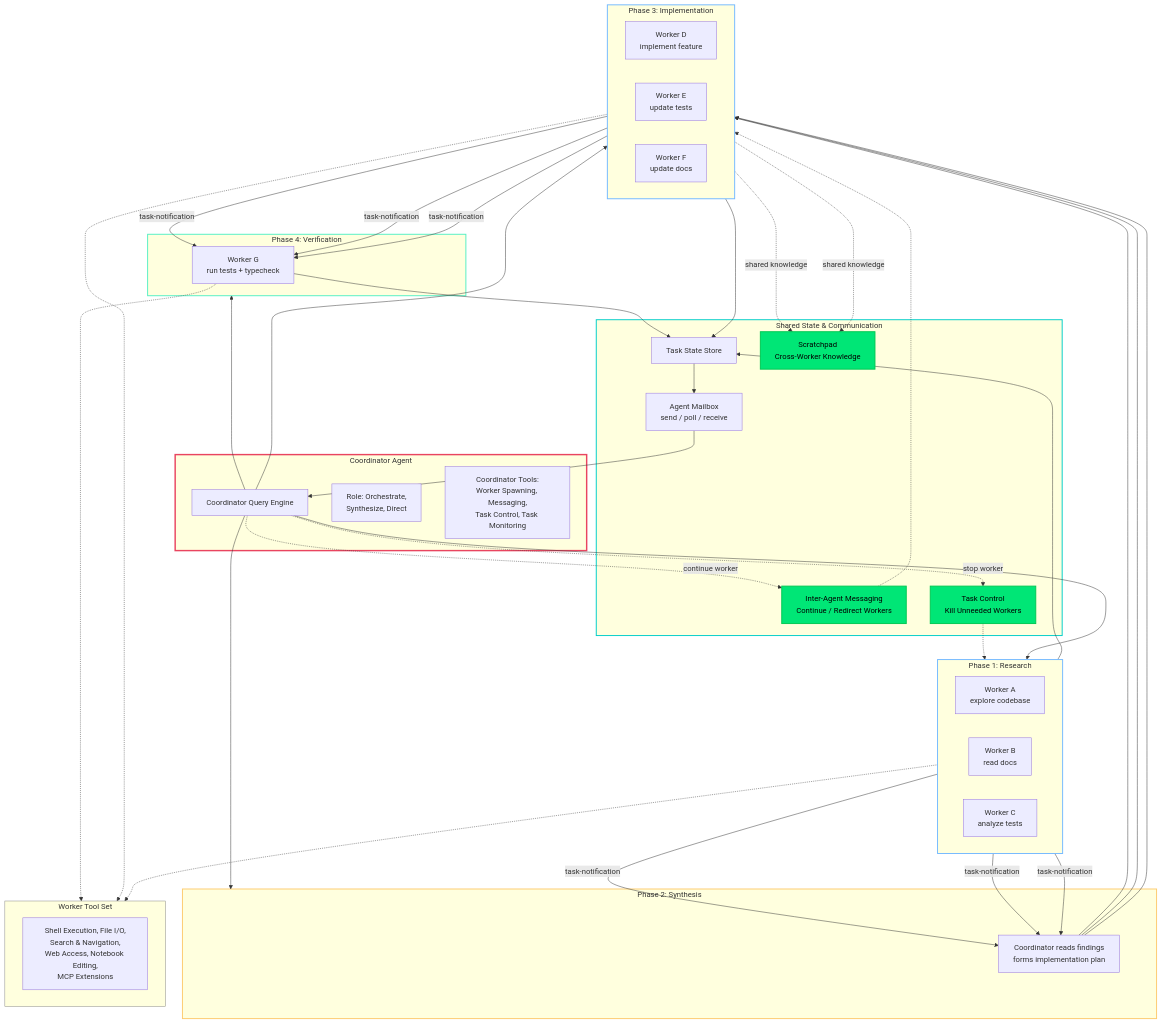
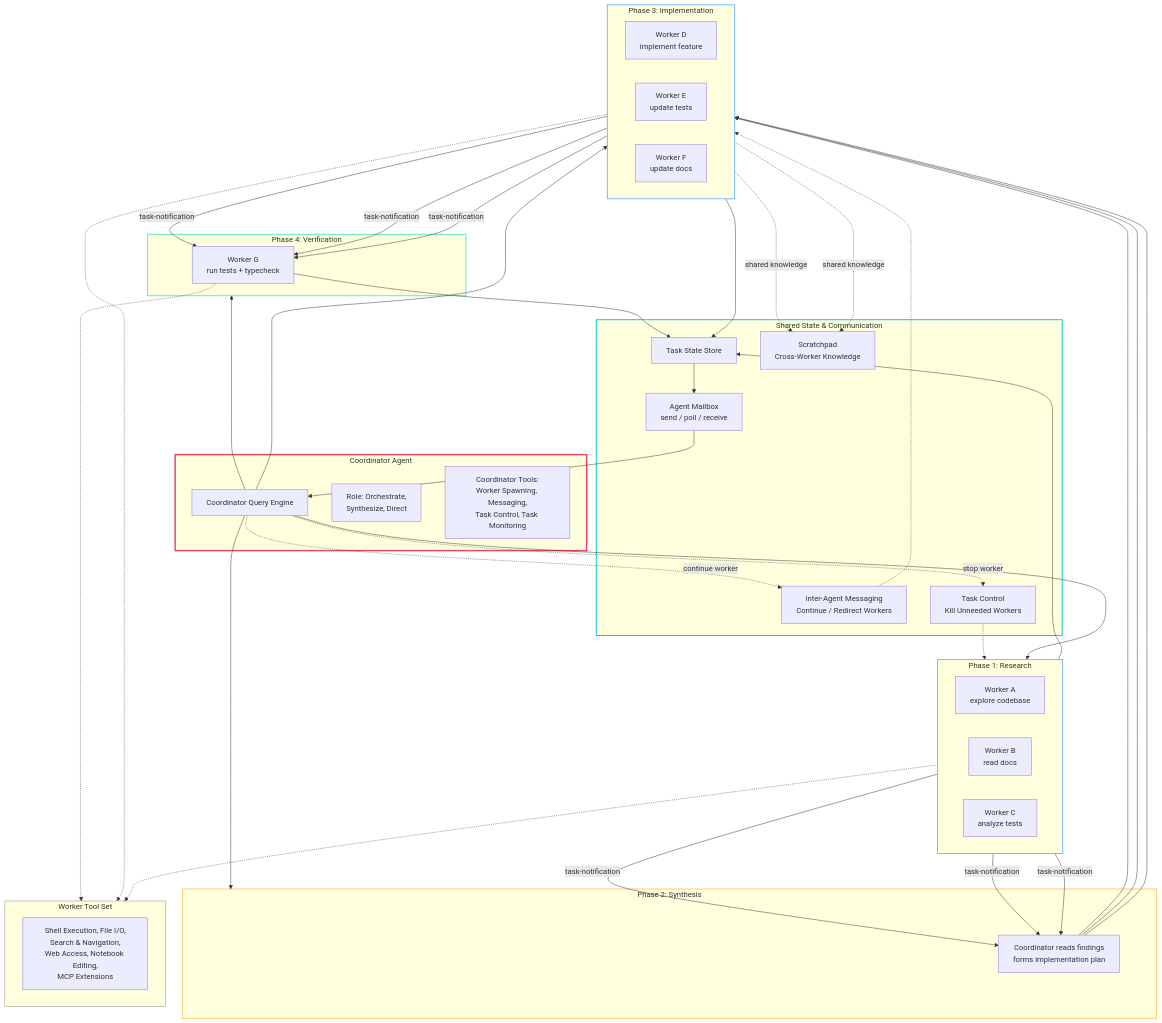
Before and after one commit to PavelValentov/multi-agent-architecture: the fourth of 14 diagrams in DIAGRAMS.md, drawn with Mermaid. The commit also changed other lines of this file, not shown here.

First line of the commit message:
Remove green highlighting from all diagrams

````diff
--- a/DIAGRAMS.md
+++ b/DIAGRAMS.md
@@ -443,7 +434,4 @@
     style PHASE4 stroke:#55efc4,stroke-width:2px
     style WorkerToolset stroke:#888,stroke-width:1px
     style SharedState stroke:#00cec9,stroke-width:2px
-    style SEND_MSG_NODE fill:#00e676,stroke:#00c853,stroke-width:2px,color:#000
-    style TASK_STOP_NODE fill:#00e676,stroke:#00c853,stroke-width:2px,color:#000
-    style SCRATCH fill:#00e676,stroke:#00c853,stroke-width:2px,color:#000
 ```
````
